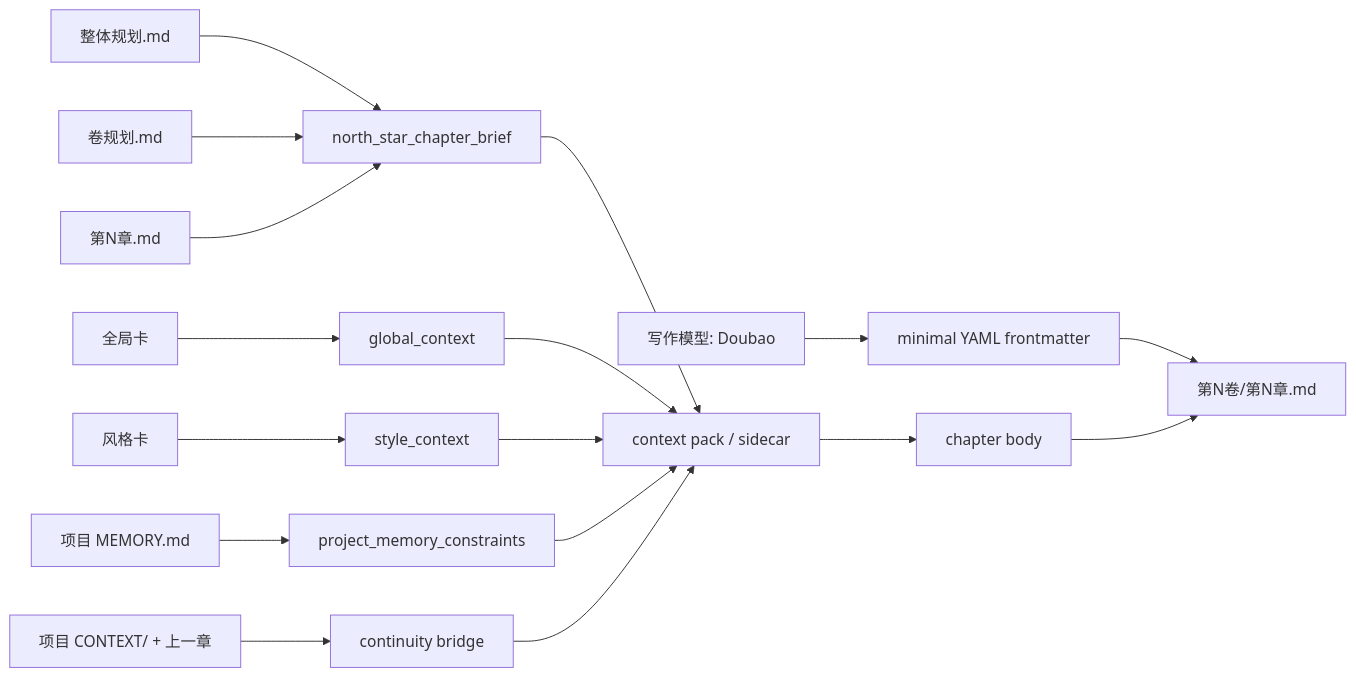
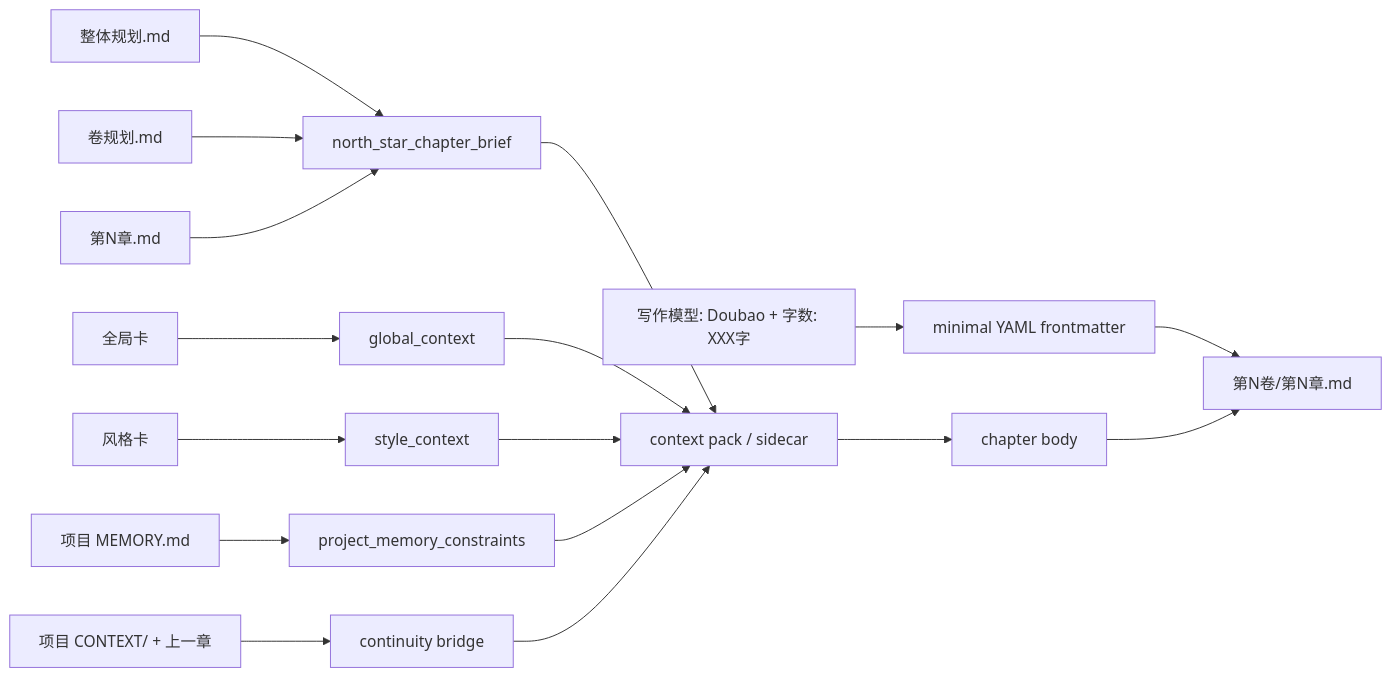
One commit to ZEN-VOID/AI-CUT changed the second of 2 diagrams in .agents/skills/story/3-初稿/B-Doubao流/SKILL.md. Above: the diagram before and after it, drawn with Mermaid. The commit also changed other lines of this file and 256 other files, not shown here.

````diff
--- a/.agents/skills/story/3-初稿/B-Doubao流/SKILL.md
+++ b/.agents/skills/story/3-初稿/B-Doubao流/SKILL.md
@@ -134,19 +144,19 @@
 ```mermaid
 graph LR
     A["整体规划.md"] --> H["north_star_chapter_brief"]
     B["卷规划.md"] --> H
     C["第N章.md"] --> H
     D["全局卡"] --> I["global_context"]
     E["风格卡"] --> J["style_context"]
     F["项目 MEMORY.md"] --> K["project_memory_constraints"]
     G["项目 CONTEXT/ + 上一章"] --> L["continuity bridge"]
     H --> M["context pack / sidecar"]
     I --> M
     J --> M
     K --> M
     L --> M
     M --> N["chapter body"]
-    P["写作模型: Doubao"] --> O["minimal YAML frontmatter"]
+    P["写作模型: Doubao + 字数: XXX字"] --> O["minimal YAML frontmatter"]
     O --> Q["第N卷/第N章.md"]
     N --> Q
 ```
````
